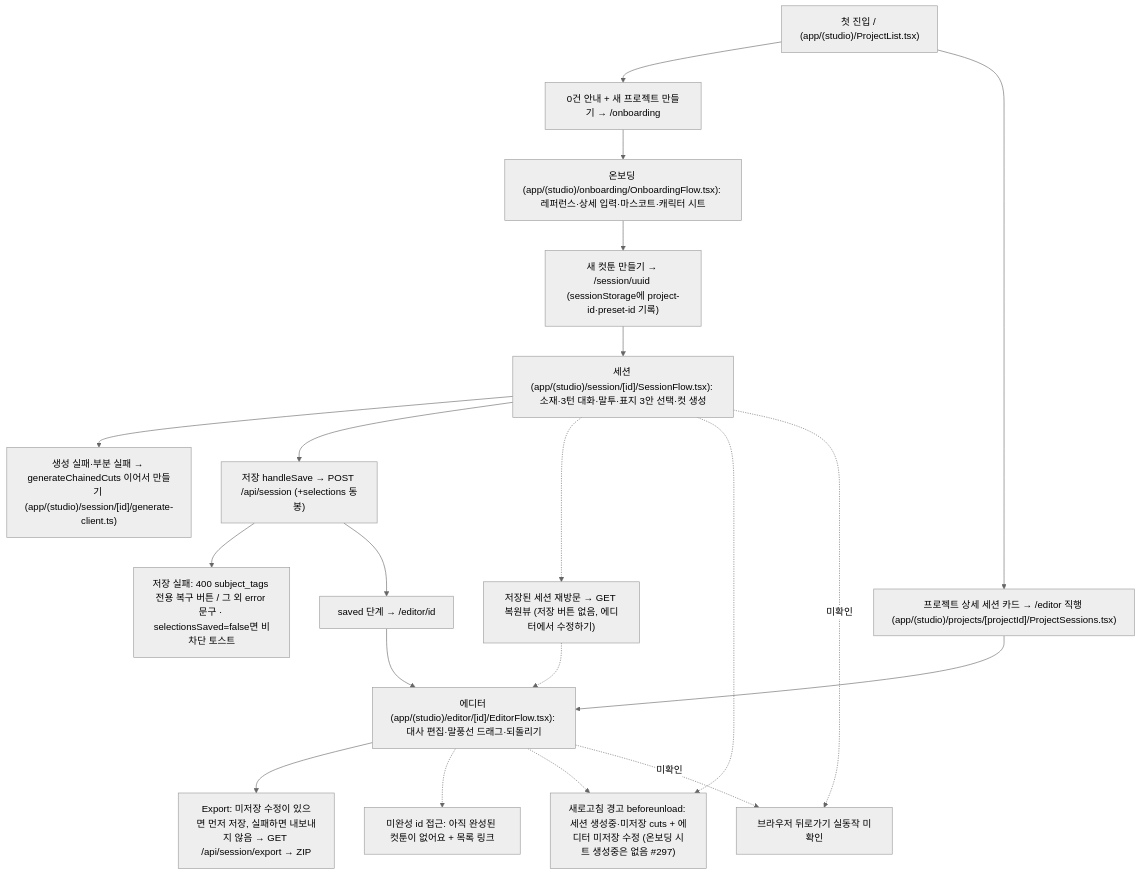
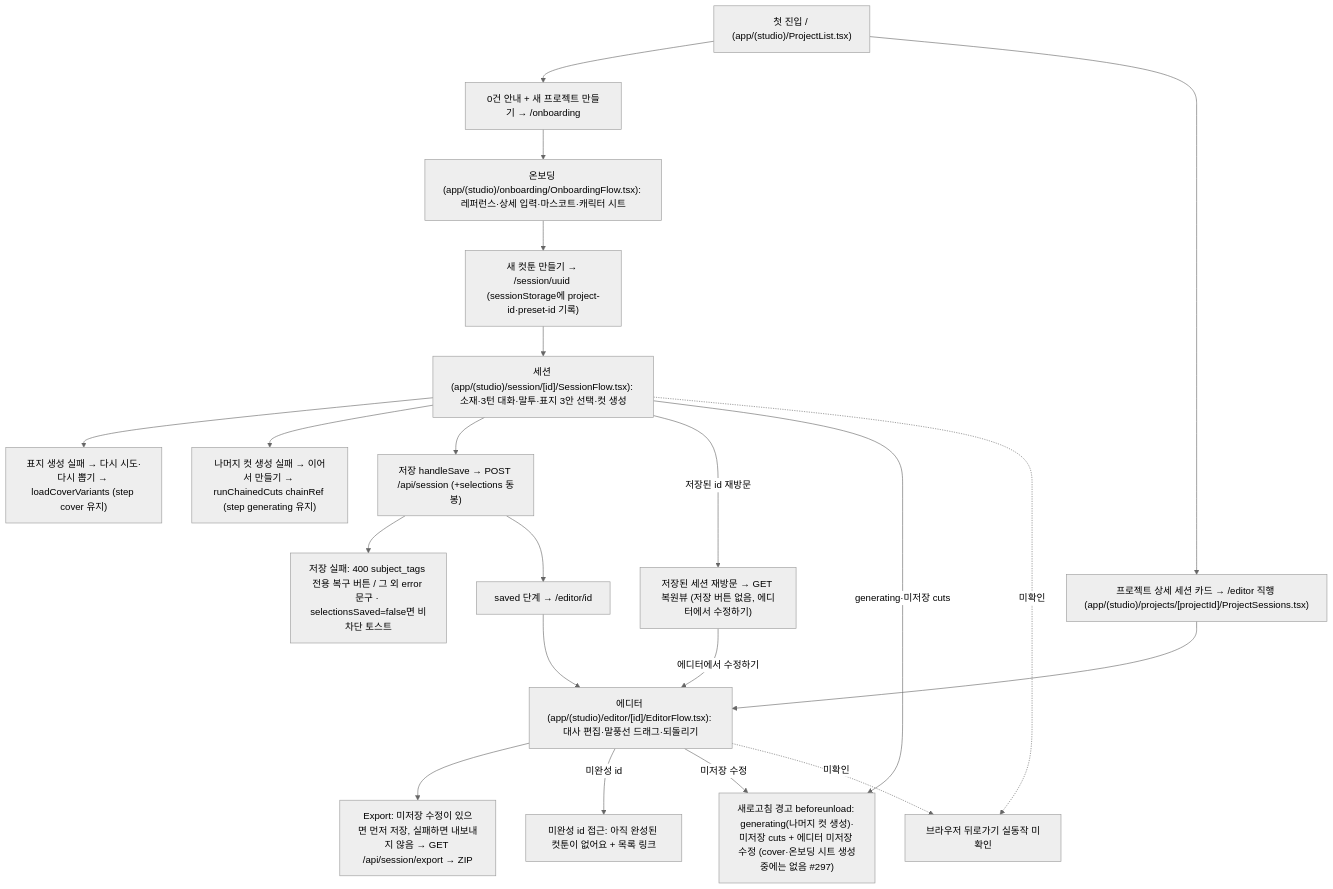
One commit to chictimin/cuttoon-copilot changed the first of 2 diagrams in docs/flows.md. Above: the diagram before and after it, drawn with Mermaid (neutral theme). The commit also changed other lines of this file, not shown here.

Commit message:
docs(flows): #309 rezo 조건 3건 반영 — 소유 예외 분리·실선 정합·표지/체인 실패 분리

````diff
--- a/docs/flows.md
+++ b/docs/flows.md
@@ -11,32 +11,34 @@
 ```mermaid
 flowchart TD
   L0["첫 진입 / (app/(studio)/ProjectList.tsx)"]
   L1["0건 안내 + 새 프로젝트 만들기 → /onboarding"]
   L2["온보딩 (app/(studio)/onboarding/OnboardingFlow.tsx): 레퍼런스·상세 입력·마스코트·캐릭터 시트"]
   L3["새 컷툰 만들기 → /session/uuid (sessionStorage에 project-id·preset-id 기록)"]
   S0["세션 (app/(studio)/session/[id]/SessionFlow.tsx): 소재·3턴 대화·말투·표지 3안 선택·컷 생성"]
-  S1["생성 실패·부분 실패 → generateChainedCuts 이어서 만들기 (app/(studio)/session/[id]/generate-client.ts)"]
+  S1a["표지 생성 실패 → 다시 시도·다시 뽑기 → loadCoverVariants (step cover 유지)"]
+  S1b["나머지 컷 생성 실패 → 이어서 만들기 → runChainedCuts chainRef (step generating 유지)"]
   S2["저장 handleSave → POST /api/session (+selections 동봉)"]
   S3["저장 실패: 400 subject_tags 전용 복구 버튼 / 그 외 error 문구 · selectionsSaved=false면 비차단 토스트"]
   S4["saved 단계 → /editor/id"]
   R0["저장된 세션 재방문 → GET 복원뷰 (저장 버튼 없음, 에디터에서 수정하기)"]
   R1["프로젝트 상세 세션 카드 → /editor 직행 (app/(studio)/projects/[projectId]/ProjectSessions.tsx)"]
   E0["에디터 (app/(studio)/editor/[id]/EditorFlow.tsx): 대사 편집·말풍선 드래그·되돌리기"]
   E1["미완성 id 접근: 아직 완성된 컷툰이 없어요 + 목록 링크"]
   E2["Export: 미저장 수정이 있으면 먼저 저장, 실패하면 내보내지 않음 → GET /api/session/export → ZIP"]
-  W0["새로고침 경고 beforeunload: 세션 생성중·미저장 cuts + 에디터 미저장 수정 (온보딩 시트 생성중은 없음 #297)"]
+  W0["새로고침 경고 beforeunload: generating(나머지 컷 생성)·미저장 cuts + 에디터 미저장 수정 (cover·온보딩 시트 생성중에는 없음 #297)"]
   W1["브라우저 뒤로가기 실동작 미확인"]
 
   L0 --> L1 --> L2 --> L3 --> S0
-  S0 --> S1
+  S0 --> S1a
+  S0 --> S1b
   S0 --> S2
   S2 --> S3
   S2 --> S4 --> E0 --> E2
-  S0 -.-> R0 -.-> E0
+  S0 -- "저장된 id 재방문" --> R0 -- "에디터에서 수정하기" --> E0
   L0 --> R1 --> E0
-  E0 -.-> E1
-  S0 -.-> W0
-  E0 -.-> W0
+  E0 -- "미완성 id" --> E1
+  S0 -- "generating·미저장 cuts" --> W0
+  E0 -- "미저장 수정" --> W0
   S0 -. "미확인" .-> W1
   E0 -. "미확인" .-> W1
 ```
````
